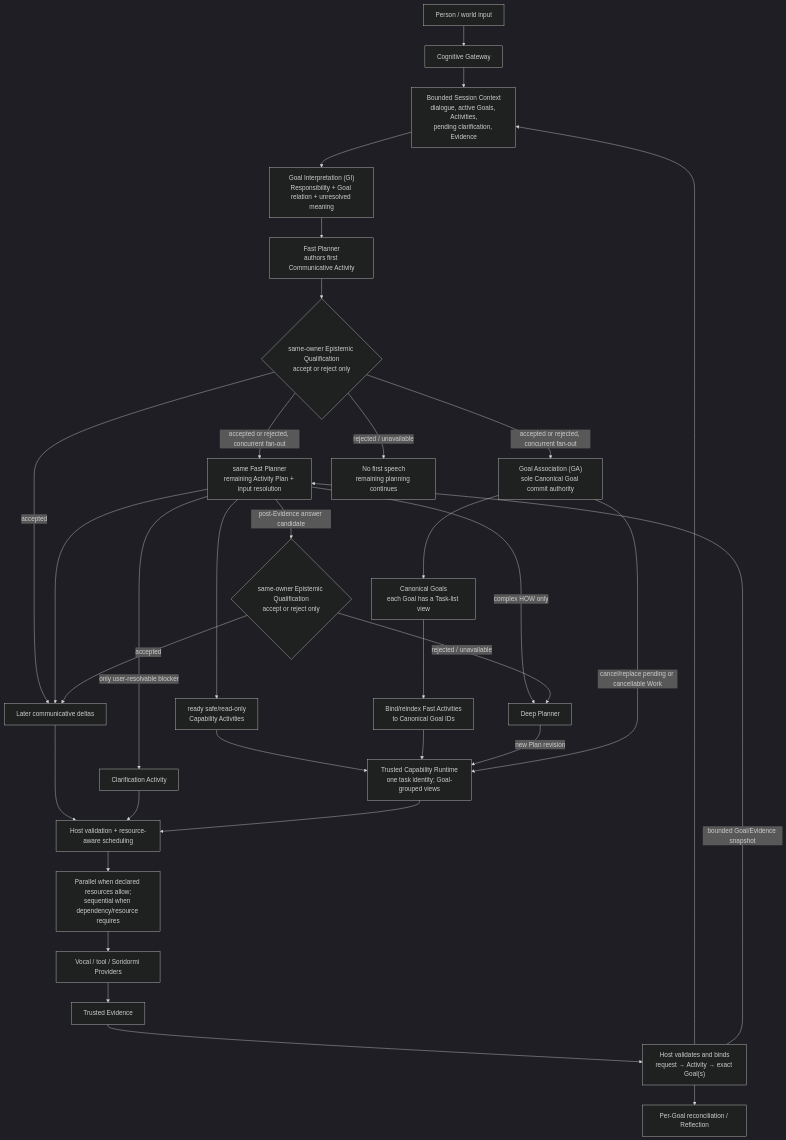
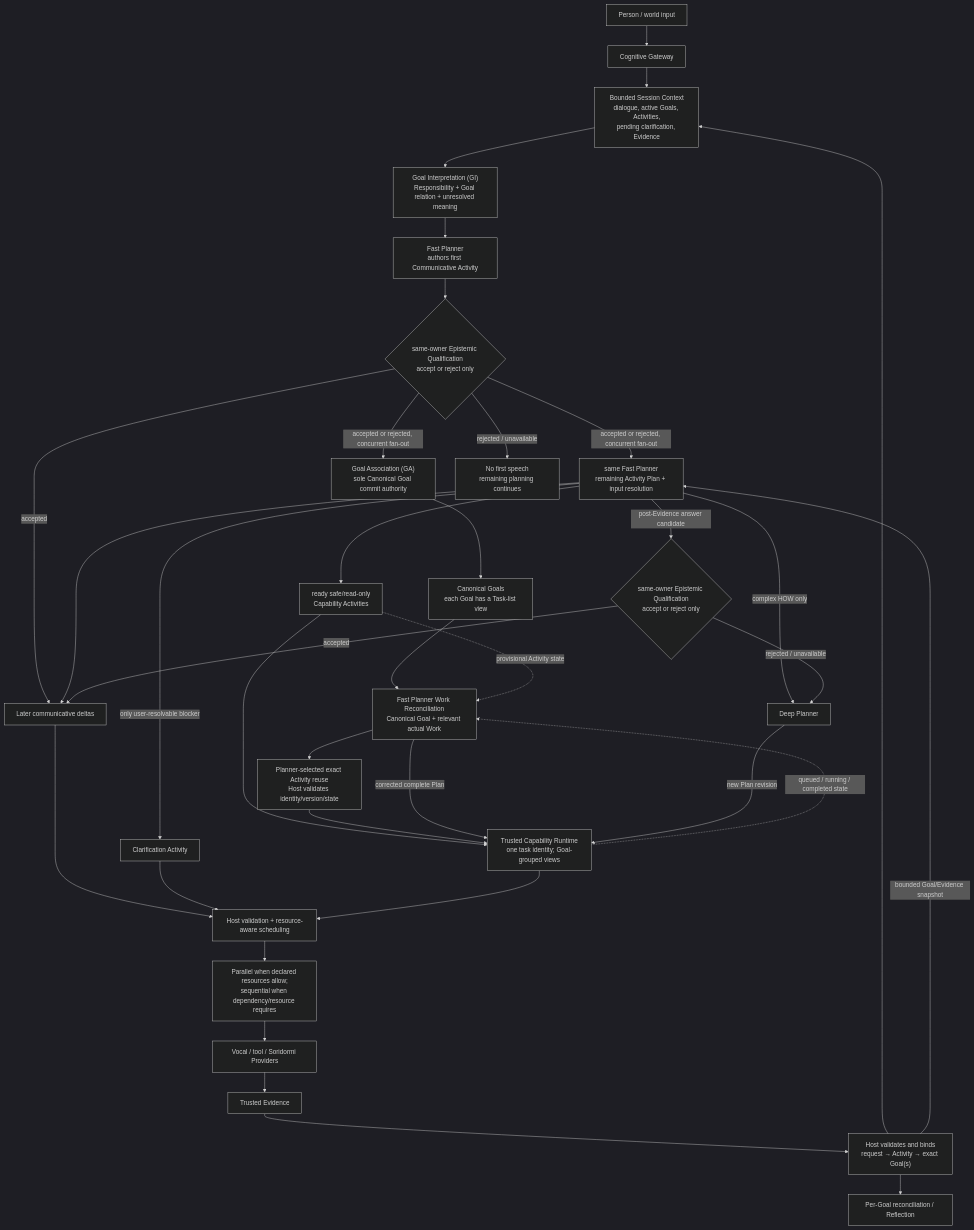
The first of 2 diagrams in docs/PROJECT_CHARTER.md (TimeTreker/chromie), drawn with Mermaid (dark theme) before and after one commit. The commit also changed other lines of this file and 30 other files, not shown here.

Commit message:
Implement planner-owned work reconciliation

````diff
--- a/docs/PROJECT_CHARTER.md
+++ b/docs/PROJECT_CHARTER.md
@@ -117,39 +117,42 @@
 ```mermaid
 flowchart TD
     U["Person / world input"] --> GW["Cognitive Gateway"]
     GW --> CTX["Bounded Session Context<br/>dialogue, active Goals, Activities,<br/>pending clarification, Evidence"]
     CTX --> GI["Goal Interpretation (GI)<br/>Responsibility + Goal relation + unresolved meaning"]
 
     GI --> FFA["Fast Planner<br/>authors first Communicative Activity"]
     FFA --> EQ{"same-owner Epistemic Qualification<br/>accept or reject only"}
     EQ -->|"accepted or rejected, concurrent fan-out"| FP["same Fast Planner<br/>remaining Activity Plan + input resolution"]
     EQ -->|"accepted or rejected, concurrent fan-out"| GA["Goal Association (GA)<br/>sole Canonical Goal commit authority"]
 
     EQ -->|"accepted"| COMM["Immediate Communicative Activity<br/>exact text + truth provenance"]
     EQ -->|"rejected / unavailable"| SILENCE["No first speech<br/>remaining planning continues"]
     FP --> COMM["Later communicative deltas"]
     FP --> SAFE["ready safe/read-only<br/>Capability Activities"]
     FP -->|"complex HOW only"| DP["Deep Planner"]
     FP -->|"only user-resolvable blocker"| ASK["Clarification Activity"]
 
     GA --> GOALS["Canonical Goals<br/>each Goal has a Task-list view"]
-    GOALS --> BIND["Bind/reindex Fast Activities<br/>to Canonical Goal IDs"]
+    GOALS --> WREC["Fast Planner Work Reconciliation<br/>Canonical Goal + relevant actual Work"]
+    SAFE -. "provisional Activity state" .-> WREC
     SAFE --> TCR["Trusted Capability Runtime<br/>one task identity; Goal-grouped views"]
+    TCR -. "queued / running / completed state" .-> WREC
+    WREC --> BIND["Planner-selected exact Activity reuse<br/>Host validates identity/version/state"]
     BIND --> TCR
+    WREC -->|"corrected complete Plan"| TCR
     DP -->|"new Plan revision"| TCR
-    GA -->|"cancel/replace pending or cancellable Work"| TCR
 
     COMM --> ARB["Host validation + resource-aware scheduling"]
     ASK --> ARB
     TCR --> ARB
     ARB --> PAR["Parallel when declared resources allow;<br/>sequential when dependency/resource requires"]
     PAR --> PROVIDERS["Vocal / tool / Soridormi Providers"]
     PROVIDERS --> EVIDENCE["Trusted Evidence"]
     EVIDENCE --> ATTACH["Host validates and binds<br/>request → Activity → exact Goal(s)"]
     ATTACH --> CTX
     ATTACH -->|"bounded Goal/Evidence snapshot"| FP
     FP -->|"post-Evidence answer candidate"| POSTEQ{"same-owner Epistemic Qualification<br/>accept or reject only"}
     POSTEQ -->|"accepted"| COMM
     POSTEQ -->|"rejected / unavailable"| DP
     ATTACH --> RECON["Per-Goal reconciliation / Reflection"]
 ```
````
